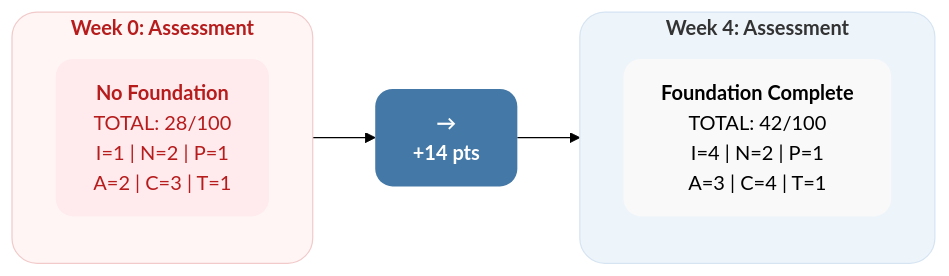
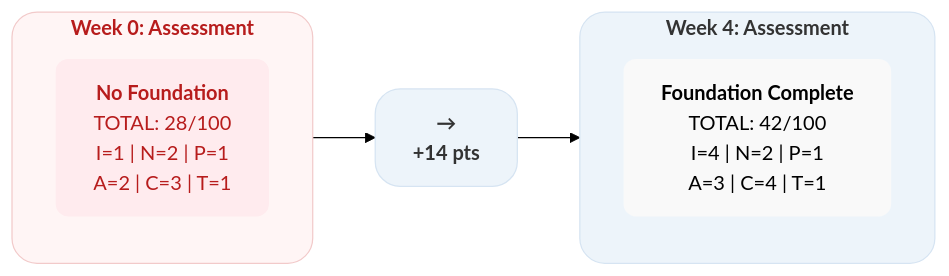
Before and after one commit to saitejesh-cyber/trust-before-intelligence-book: the tenth of 11 diagrams in manuscript/05_chapter_4_foundation_layers.md, drawn with Mermaid (forest theme). The commit also changed other lines of this file and 4 other files, not shown here.

````diff
--- a/manuscript/05_chapter_4_foundation_layers.md
+++ b/manuscript/05_chapter_4_foundation_layers.md
@@ -962,21 +962,21 @@
 ```mermaid
 graph LR
     subgraph week0["<b>Week 0: Assessment</b>"]
         W0["<b>No Foundation</b><br/>TOTAL: 28/100</b><br/>I=1 | N=2 | P=1<br/>A=2 | C=3 | T=1"]
     end
     
     ARROW["<b>→</b><br/><b>+14 pts</b>"]
     
     subgraph week4["<b>Week 4: Assessment</b>"]
         W4["<b>Foundation Complete</b><br/>TOTAL: 42/100</b><br/>I=4 | N=2 | P=1<br/>A=3 | C=4 | T=1"]
     end
     
     week0 --> ARROW --> week4
 
     style week0 fill:#fff5f5,stroke:#f2caca,stroke-width:1px,color:#b71c1c,rx:20,ry:20
-    style W0 fill:#ffebee,stroke:none,color:#b71c1c,rx:14,ry:14
-    style ARROW fill:#4478A6,stroke:none,color:#ffffff,rx:14,ry:14
+    style W0 fill:#ffebee,stroke:none,color:#b71c1c,rx:10,ry:10
+    style ARROW fill:#edf4fa,stroke:#d6e4f2,stroke-width:1px,color:#333333,rx:20,ry:20
     style week4 fill:#edf4fa,stroke:#d6e4f2,stroke-width:1px,color:#333333,rx:20,ry:20
-    style W4 fill:#f9f9f9,stroke:none,color:#000000,rx:14,ry:14
+    style W4 fill:#f9f9f9,stroke:none,color:#000000,rx:10,ry:10
 
 ```
````
